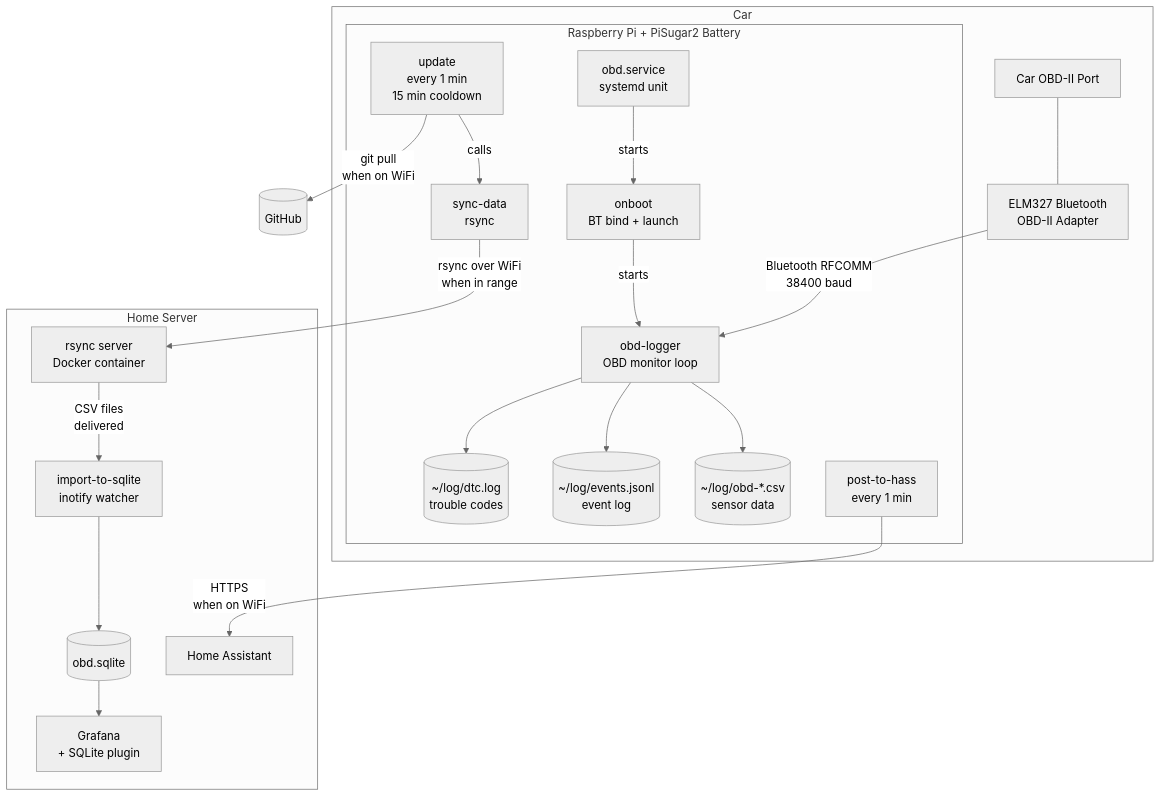
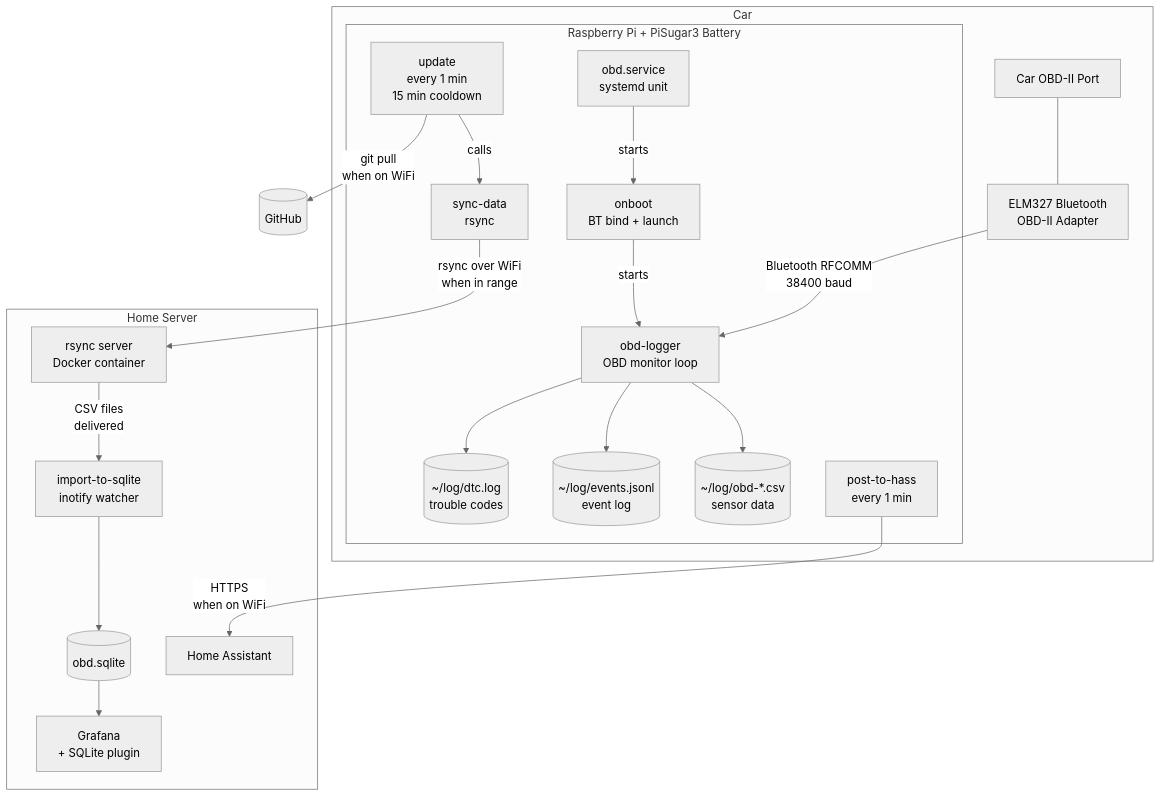
Before and after one commit to trickv/shiny-adventure: the diagram in README.md, drawn with Mermaid (neutral theme). The commit also changed other lines of this file and 3 other files, not shown here.

````diff
--- a/README.md
+++ b/README.md
@@ -14,44 +14,44 @@
 ```mermaid
 graph TB
     subgraph Car
         ELM[ELM327 Bluetooth<br/>OBD-II Adapter]
         OBD[Car OBD-II Port]
         OBD --- ELM
 
-        subgraph RPi[Raspberry Pi + PiSugar2 Battery]
+        subgraph RPi[Raspberry Pi + PiSugar3 Battery]
             logger[obd-logger<br/>OBD monitor loop]
             csv[(~/log/obd-*.csv<br/>sensor data)]
             events[(~/log/events.jsonl<br/>event log)]
             dtc[(~/log/dtc.log<br/>trouble codes)]
             post[post-to-hass<br/>every 1 min]
             upd[update<br/>every 1 min<br/>15 min cooldown]
             sync[sync-data<br/>rsync]
             onboot[onboot<br/>BT bind + launch]
             systemd[obd.service<br/>systemd unit]
         end
 
         ELM -- "Bluetooth RFCOMM<br/>38400 baud" --> logger
         logger --> csv
         logger --> events
         logger --> dtc
         systemd -- starts --> onboot
         onboot -- starts --> logger
         upd -- calls --> sync
     end
 
     subgraph Home Server
         rsync_srv[rsync server<br/>Docker container]
         importer[import-to-sqlite<br/>inotify watcher]
         sqlite[(obd.sqlite)]
         grafana[Grafana<br/>+ SQLite plugin]
         hass[Home Assistant]
 
         rsync_srv -- "CSV files<br/>delivered" --> importer
         importer --> sqlite
         sqlite --> grafana
     end
 
     sync -- "rsync over WiFi<br/>when in range" --> rsync_srv
     post -- "HTTPS<br/>when on WiFi" --> hass
     upd -- "git pull<br/>when on WiFi" --> GitHub[(GitHub)]
 ```
````
